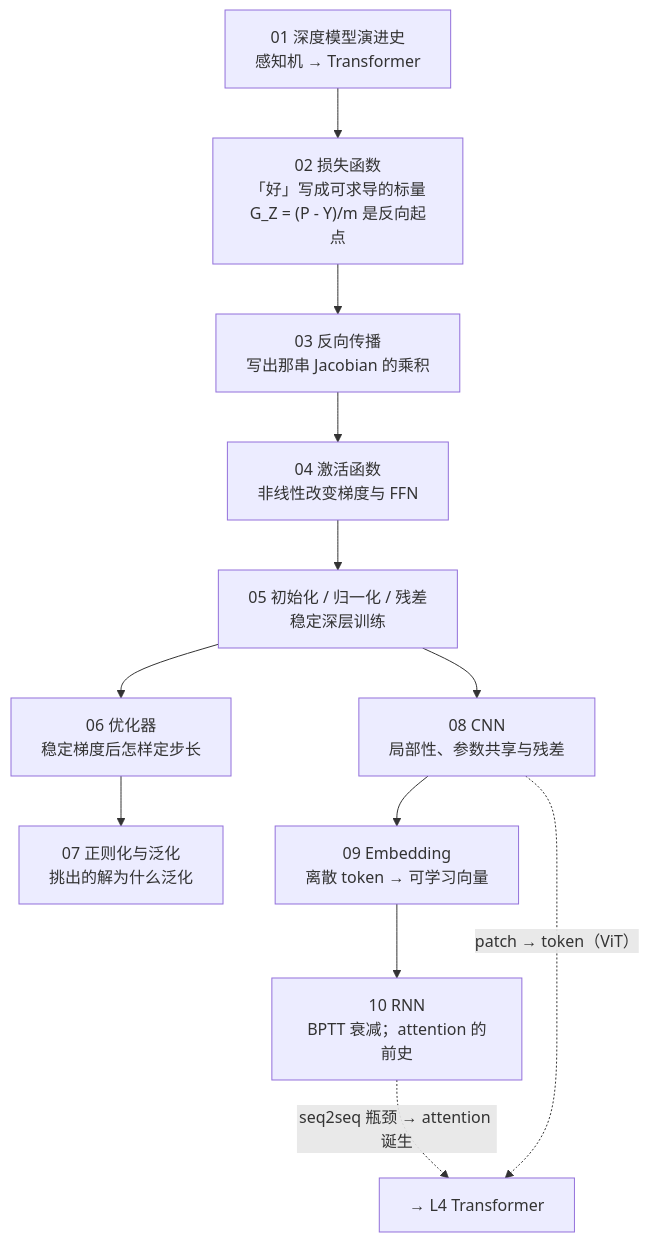
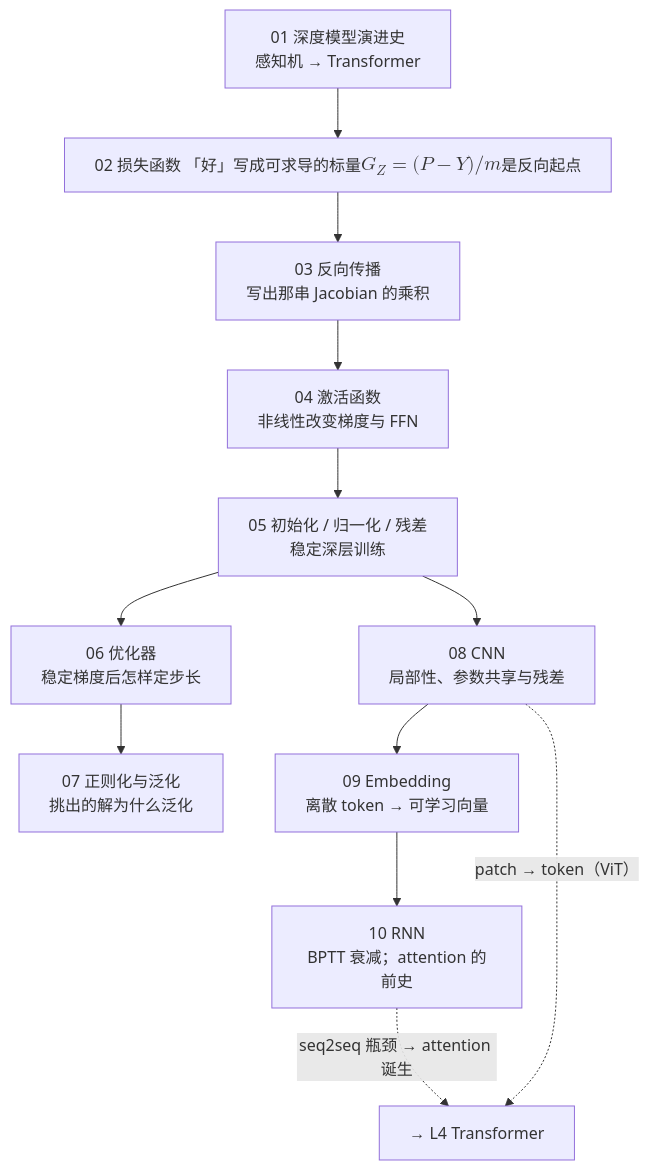
Before and after one commit to arganzheng/arganzheng.github.com: the first of 2 diagrams in _posts/2026-03-29-deep-learning-foundations-series-recap-and-self-test.md, drawn with Mermaid. The commit also changed other lines of this file, not shown here.

First line of the commit message:
深度学习基础（11）：系列总结与通关自测：Mermaid 伪公式改用 KaTeX

````diff
--- a/_posts/2026-03-29-deep-learning-foundations-series-recap-and-self-test.md
+++ b/_posts/2026-03-29-deep-learning-foundations-series-recap-and-self-test.md
@@ -21,17 +21,17 @@
 ```mermaid
 %%{init: {"flowchart": {"wrappingWidth": 190}}}%%
 %% 图：深度学习基础全景：写出梯度、看激活、稳定训练、定步长、看泛化，再走过卷积、表示与循环
 flowchart TB
-    H["01 深度模型演进史<br/>感知机 → Transformer"] --> D0["02 损失函数<br/>「好」写成可求导的标量<br/>G_Z = (P - Y)/m 是反向起点"]
+    H["01 深度模型演进史<br/>感知机 → Transformer"] --> D0["02 损失函数<br/>「好」写成可求导的标量<br/>$$G_Z = (P - Y)/m$$ 是反向起点"]
     D0 --> D1["03 反向传播<br/>写出那串 Jacobian 的乘积"]
     D1 --> D2["04 激活函数<br/>非线性改变梯度与 FFN"]
     D2 --> D3["05 初始化 / 归一化 / 残差<br/>稳定深层训练"]
     D3 --> D4["06 优化器<br/>稳定梯度后怎样定步长"]
     D4 --> D5["07 正则化与泛化<br/>挑出的解为什么泛化"]
     D3 --> D6["08 CNN<br/>局部性、参数共享与残差"]
     D6 --> D7["09 Embedding<br/>离散 token → 可学习向量"]
     D7 --> D8["10 RNN<br/>BPTT 衰减；attention 的前史"]
     D8 -. "seq2seq 瓶颈 → attention 诞生" .-> T["→ L4 Transformer"]
     D6 -. "patch → token（ViT）" .-> T
 
 ```
````
